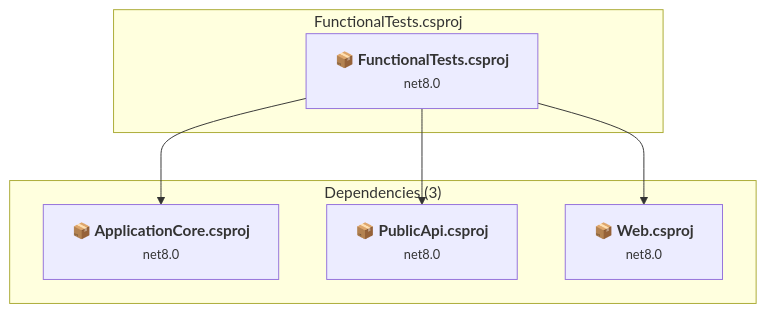
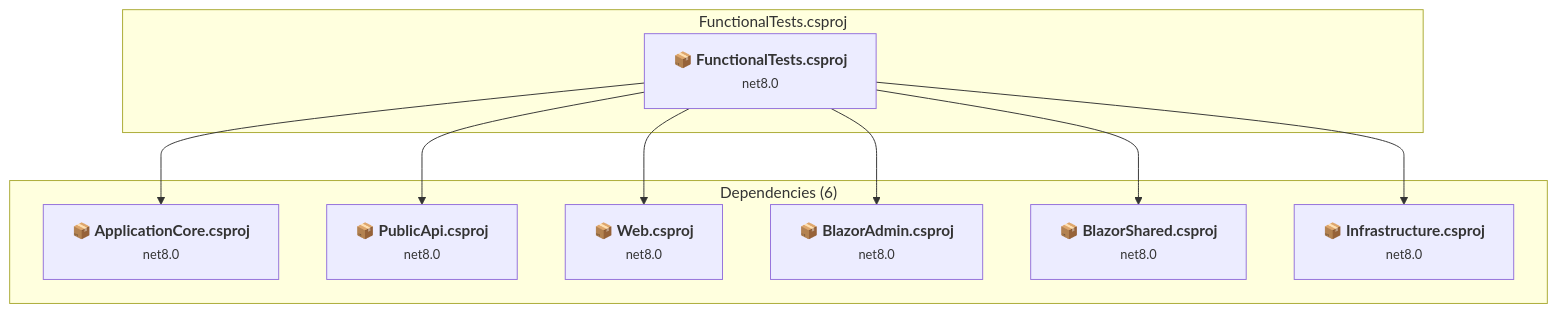
The diagram in .github/upgrades/scenarios/dotnet-version-upgrade/assessment/projects/FunctionalTests.md (kaushganguly/eShopOnWeb), drawn with Mermaid before and after one commit. The commit also changed other lines of this file and 20 other files, not shown here.

````diff
--- a/.github/upgrades/scenarios/dotnet-version-upgrade/assessment/projects/FunctionalTests.md
+++ b/.github/upgrades/scenarios/dotnet-version-upgrade/assessment/projects/FunctionalTests.md
@@ -32,19 +35,28 @@
 ```mermaid
 flowchart TB
     subgraph current["FunctionalTests.csproj"]
         MAIN["<b>📦&nbsp;FunctionalTests.csproj</b><br/><small>net8.0</small>"]
         click MAIN "../projects/FunctionalTests.md"
     end
-    subgraph downstream["Dependencies (3)"]
+    subgraph downstream["Dependencies (6)"]
         P3["<b>📦&nbsp;ApplicationCore.csproj</b><br/><small>net8.0</small>"]
         P7["<b>📦&nbsp;PublicApi.csproj</b><br/><small>net8.0</small>"]
         P1["<b>📦&nbsp;Web.csproj</b><br/><small>net8.0</small>"]
+        P8["<b>📦&nbsp;BlazorAdmin.csproj</b><br/><small>net8.0</small>"]
+        P9["<b>📦&nbsp;BlazorShared.csproj</b><br/><small>net8.0</small>"]
+        P2["<b>📦&nbsp;Infrastructure.csproj</b><br/><small>net8.0</small>"]
         click P3 "../projects/ApplicationCore.md"
         click P7 "../projects/PublicApi.md"
         click P1 "../projects/Web.md"
+        click P8 "../projects/BlazorAdmin.md"
+        click P9 "../projects/BlazorShared.md"
+        click P2 "../projects/Infrastructure.md"
     end
     MAIN --> P3
     MAIN --> P7
     MAIN --> P1
+    MAIN --> P8
+    MAIN --> P9
+    MAIN --> P2
 
 ```
````
